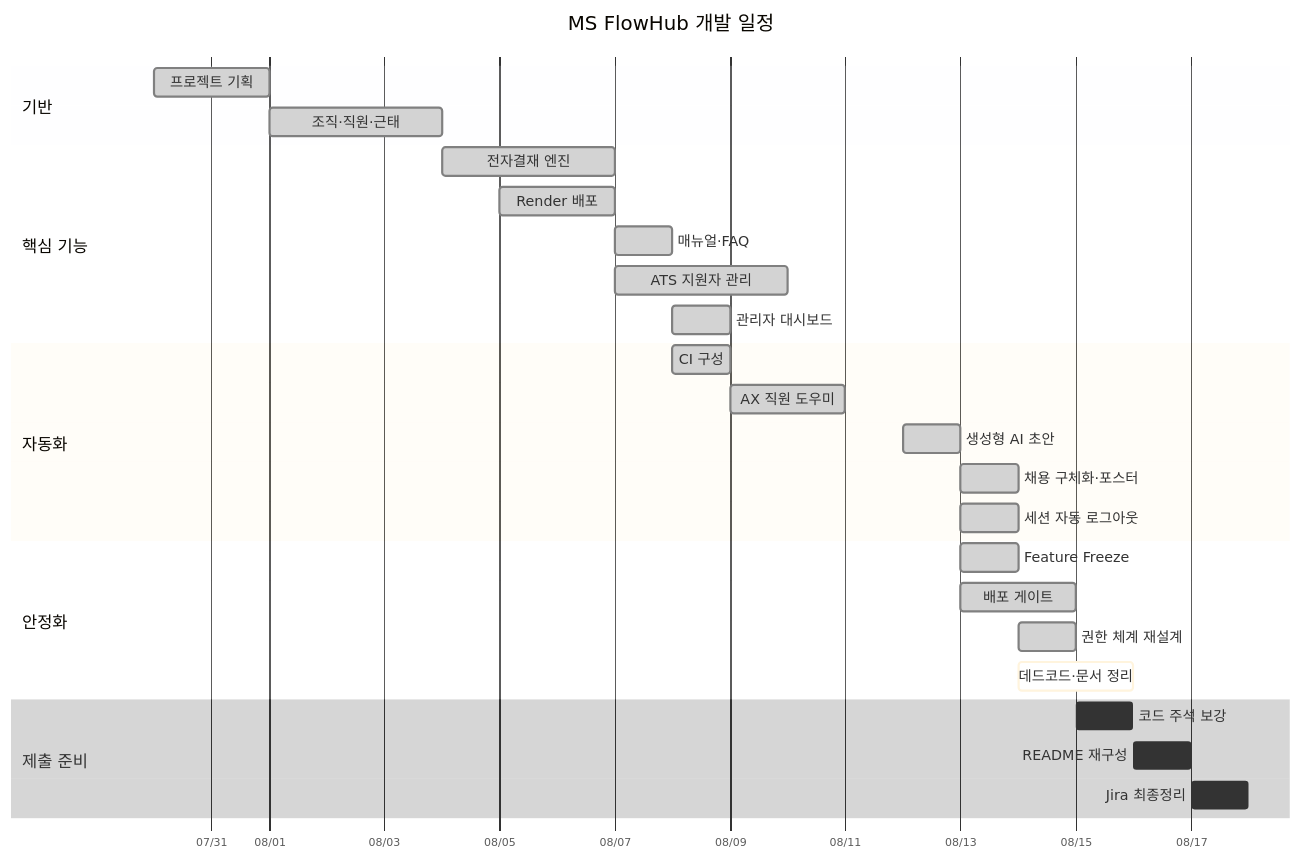
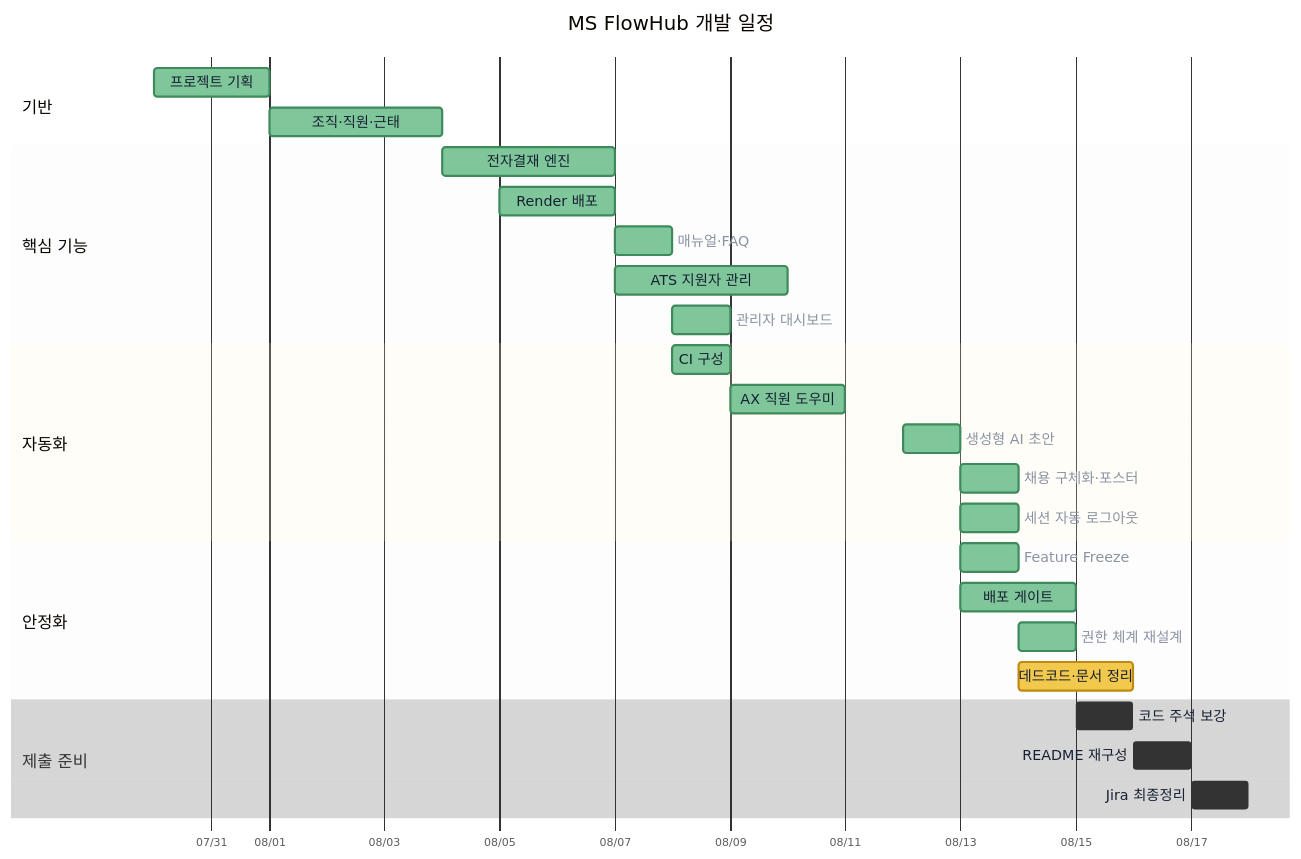
One commit to Dwkms/MS-FlowHub changed the second of 2 diagrams in docs/ROADMAP.md. Above: the diagram before and after it, drawn with Mermaid.

Commit message:
docs: 간트 차트 상태별 색 구분
완료·진행 중·예정이 모두 회색이라 구분되지 않았다.

- 완료 녹색, 진행 중 노랑, 예정 연파랑으로 나눈다
- 막대 안 글자를 잉크색 단색으로 고정해 배경색이 바뀌어도 읽히게 한다
- 섹션 배경을 투명·반투명으로 낮춰 막대가 먼저 보이게 한다

````diff
--- a/docs/ROADMAP.md
+++ b/docs/ROADMAP.md
@@ -68,54 +68,67 @@
 ```mermaid
 %%{init: {
   "theme": "base",
   "themeVariables": {
     "fontFamily": "Pretendard, Noto Sans KR, sans-serif",
-    "fontSize": "14px"
+    "fontSize": "14px",
+    "doneTaskBkgColor": "#7fc79a",
+    "doneTaskBorderColor": "#3f8a5c",
+    "activeTaskBkgColor": "#f2c94c",
+    "activeTaskBorderColor": "#c08a10",
+    "taskBkgColor": "#dfe8f5",
+    "taskBorderColor": "#8fa6c9",
+    "taskTextColor": "#172033",
+    "taskTextDarkColor": "#172033",
+    "taskTextLightColor": "#172033",
+    "taskTextOutsideColor": "#8a93a3",
+    "gridColor": "#5a6272",
+    "sectionBkgColor": "#00000000",
+    "altSectionBkgColor": "#8a93a31a"
   },
   "gantt": {
     "useWidth": 1200,
     "barHeight": 26,
     "barGap": 10,
     "topPadding": 60,
     "leftPadding": 130,
     "gridLineStartPadding": 40,
     "fontSize": 13,
     "sectionFontSize": 15,
     "numberSectionStyles": 5
   }
 }}%%
 gantt
     title MS FlowHub 개발 일정
     dateFormat YYYY-MM-DD
     axisFormat %m/%d
     todayMarker off
 
     section 기반
     프로젝트 기획        :done, p1, 2026-07-30, 2d
     조직·직원·근태       :done, p2, 2026-08-01, 3d
 
     section 핵심 기능
     전자결재 엔진        :done, p3, 2026-08-04, 3d
     Render 배포          :done, p4, 2026-08-05, 2d
     매뉴얼·FAQ           :done, p5, 2026-08-07, 1d
     ATS 지원자 관리      :done, p6, 2026-08-07, 3d
     관리자 대시보드      :done, p7, 2026-08-08, 1d
 
     section 자동화
     CI 구성              :done, p8, 2026-08-08, 1d
     AX 직원 도우미       :done, p9, 2026-08-09, 2d
     생성형 AI 초안       :done, p10, 2026-08-12, 1d
     채용 구체화·포스터    :done, p11, 2026-08-13, 1d
     세션 자동 로그아웃    :done, p12, 2026-08-13, 1d
 
     section 안정화
     Feature Freeze       :done, p13, 2026-08-13, 1d
     배포 게이트          :done, p14, 2026-08-13, 2d
     권한 체계 재설계      :done, p15, 2026-08-14, 1d
     데드코드·문서 정리    :active, p16, 2026-08-14, 2d
 
     section 제출 준비
     코드 주석 보강       :p17, 2026-08-15, 1d
     README 재구성        :p18, 2026-08-16, 1d
     Jira 최종정리        :p19, 2026-08-17, 1d
 ```
````
